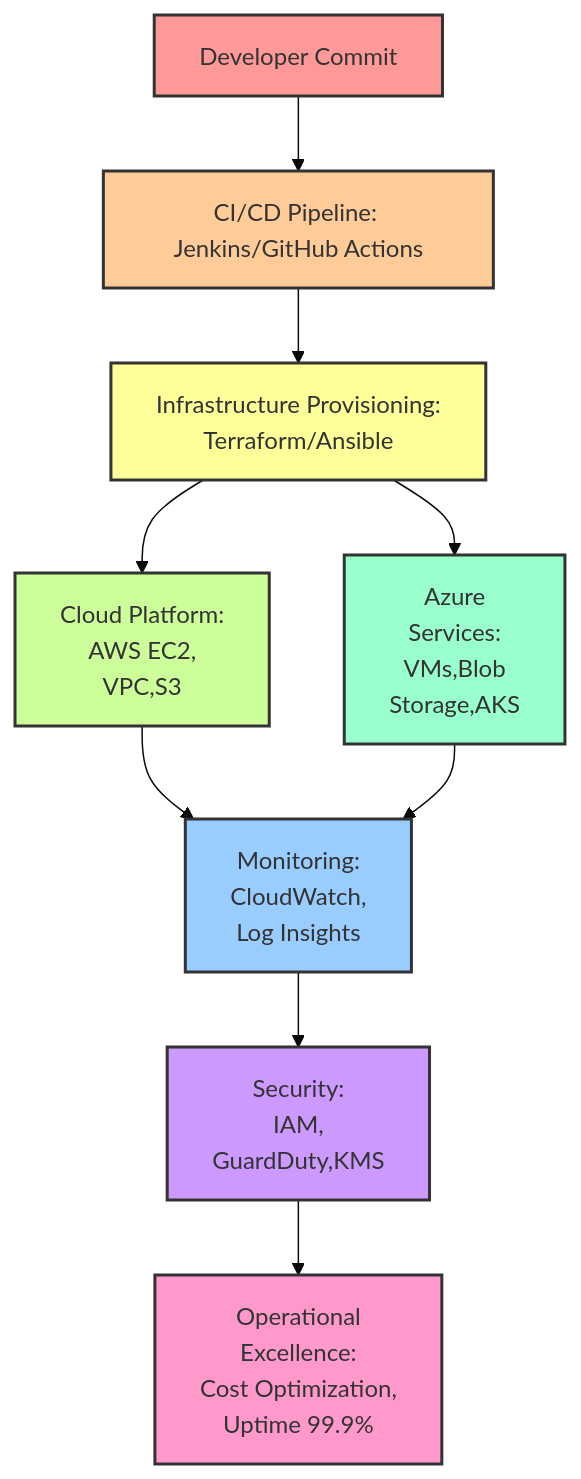
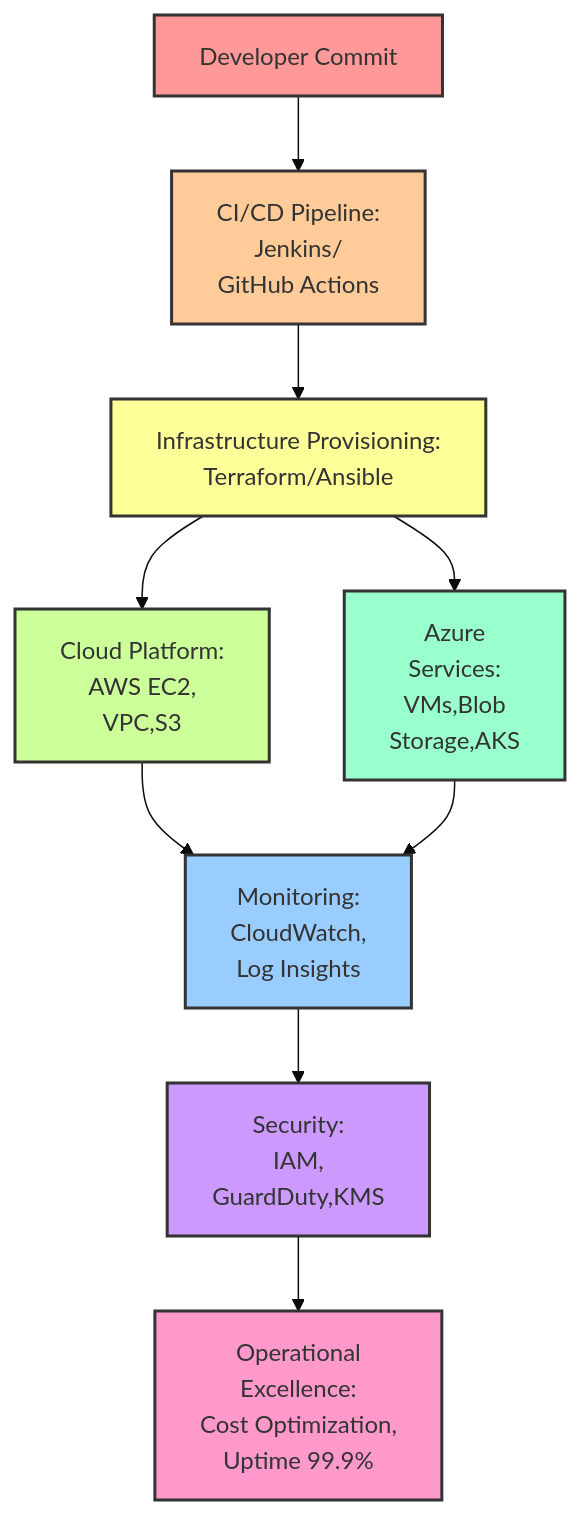
The diagram in README.md (aliceekane/aliceekane-portfolio), drawn with Mermaid (base theme) before and after one commit.

````diff
--- a/README.md
+++ b/README.md
@@ -71,38 +71,41 @@
 ```mermaid
 flowchart TD
-    A[Developer Commit] --> B[CI/CD Pipeline: Jenkins/GitHub Actions]
+    A[Developer Commit] -->
+B[CI/CD Pipeline:
+Jenkins/
+GitHub Actions]
     B --> C[Infrastructure Provisioning:
 Terraform/Ansible]
     C --> D[Cloud Platform:
 AWS EC2,
 VPC,S3]
     C --> E[Azure 
     Services: 
 VMs,Blob 
 Storage,AKS]
     D --> F[Monitoring: 
 CloudWatch,
 Log Insights]
     E --> F
     F --> G[Security: 
 IAM,
 GuardDuty,KMS]
     G --> H[Operational 
     Excellence:
 Cost Optimization,
 Uptime 99.9%]
 
 
 
     %% Assigning different colors to each box
     style A fill:#FF9999,stroke:#333,stroke-width:2px
     style B fill:#FFCC99,stroke:#333,stroke-width:2px
     style C fill:#FFFF99,stroke:#333,stroke-width:2px
     style D fill:#CCFF99,stroke:#333,stroke-width:2px
     style E fill:#99FFCC,stroke:#333,stroke-width:2px
     style F fill:#99CCFF,stroke:#333,stroke-width:2px
     style G fill:#CC99FF,stroke:#333,stroke-width:2px
     style H fill:#FF99CC,stroke:#333,stroke-width:2px
 
 
 ```
````
